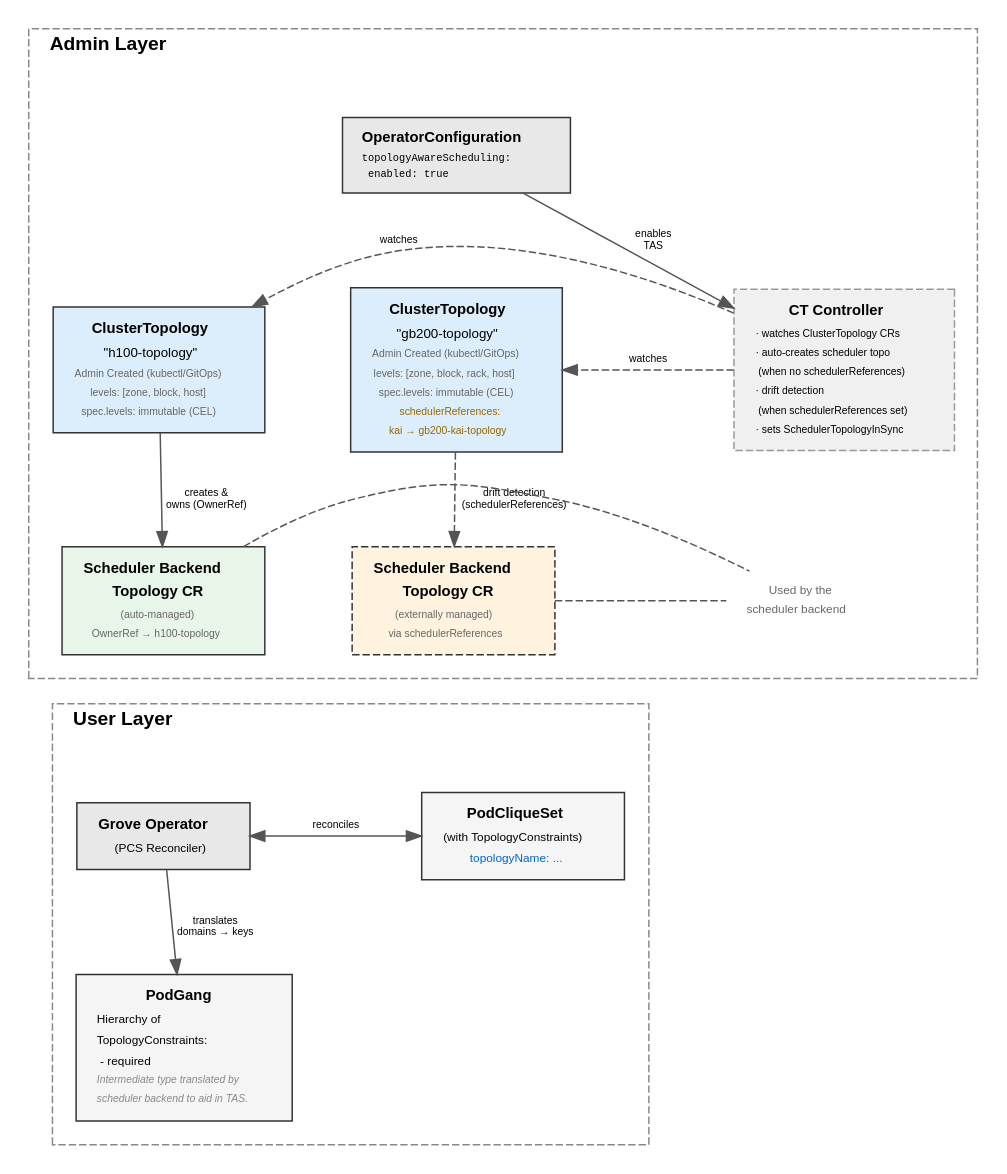
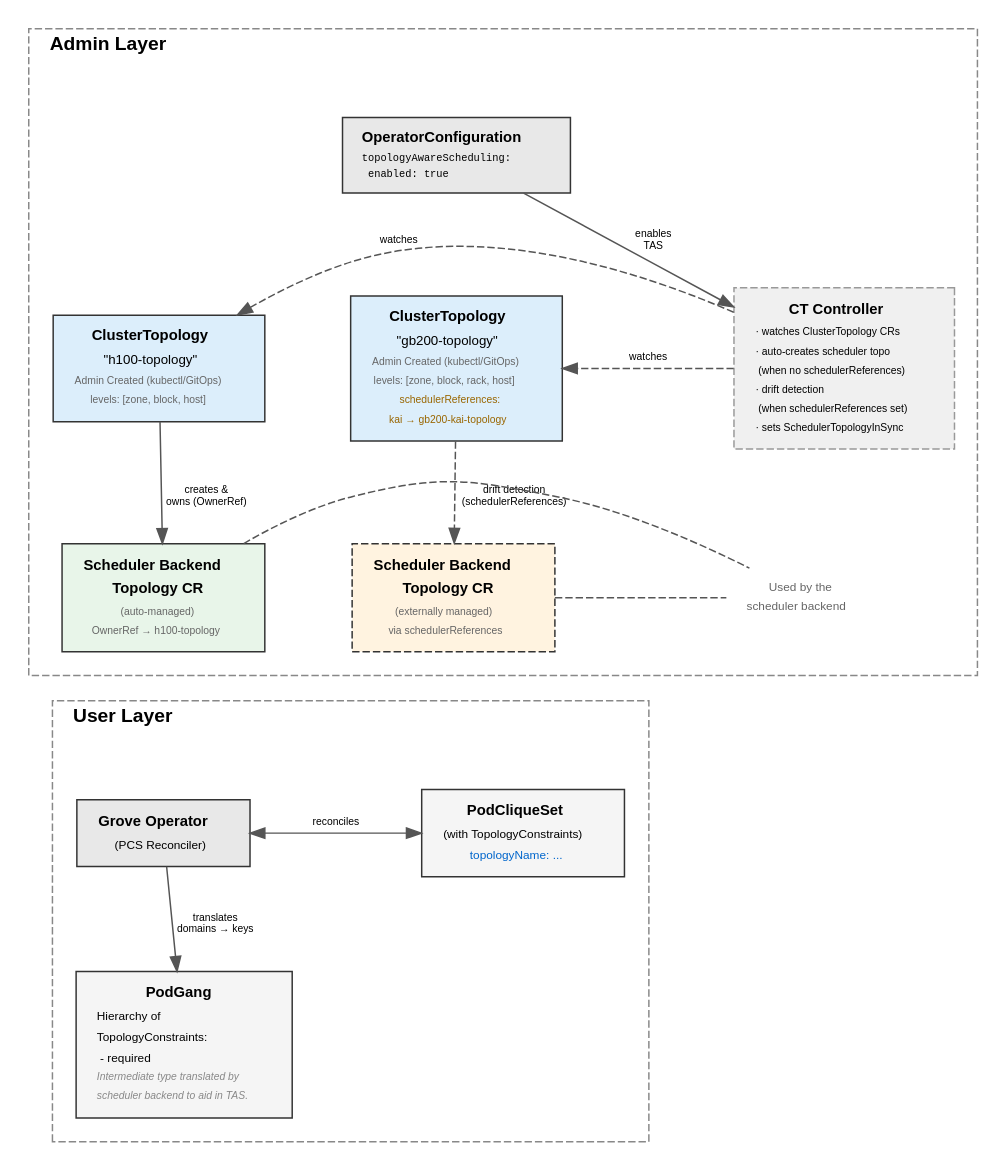
Before and after one commit to ai-dynamo/grove: the diagram in docs/proposals/244-topology-aware-scheduling/assets/tas-highlevel-architecture.dot, drawn with Graphviz. The commit also changed 2 other files, not shown here.

Commit message:
relax ClusterTopology spec.levels to be mutable
The CEL immutability constraint (self == oldSelf) on spec.levels is
unnecessary since the TopologyLevelsUnavailable condition already
handles domain removal gracefully — stripping invalid PodGang
constraints without evicting running pods. This avoids forcing
administrators through delete+recreate workflows when updating
topology levels.

For auto-managed scheduler backend topologies, the CT controller
still deletes and recreates the downstream resource when levels
change (since KAI Topology has its own immutability constraint).

```diff
--- a/docs/proposals/244-topology-aware-scheduling/assets/tas-highlevel-architecture.dot
+++ b/docs/proposals/244-topology-aware-scheduling/assets/tas-highlevel-architecture.dot
@@ -1,194 +1,192 @@
 digraph TASArchitecture {
     // Global settings
     rankdir=TB;
     fontname="Helvetica";
     fontsize=11;
     node [fontname="Helvetica", fontsize=10, shape=box, style="filled", fillcolor="#f5f5f5", color="#333333", margin="0.15,0.1"];
     edge [fontname="Helvetica", fontsize=7, color="#555555"];
     nodesep=0.8;
     ranksep=0.65;
     newrank=true;
 
     // ===== ADMIN LAYER =====
     subgraph cluster_admin {
         label="Admin Layer";
         labeljust="l";
         labelloc="t";
         fontsize=13;
         fontname="Helvetica-Bold";
         style="dashed";
         color="#888888";
         bgcolor="#ffffff";
         margin="16";
 
         // Row 1: OperatorConfiguration (simplified — just the TAS flag)
         opconfig [
             label=<
             <TABLE BORDER="0" CELLBORDER="0" CELLSPACING="1" CELLPADDING="1">
             <TR><TD><B>OperatorConfiguration</B></TD></TR>
             <TR><TD ALIGN="LEFT"><FONT POINT-SIZE="7.5" FACE="Courier">topologyAwareScheduling:</FONT></TD></TR>
             <TR><TD ALIGN="LEFT"><FONT POINT-SIZE="7.5" FACE="Courier">  enabled: true</FONT></TD></TR>
             </TABLE>>,
             shape=box,
             fillcolor="#e8e8e8"
         ];
 
         // Row 2: ClusterTopologies + CT Controller
         ct_h100 [
             label=<
             <TABLE BORDER="0" CELLBORDER="0" CELLSPACING="1" CELLPADDING="2">
             <TR><TD><B>ClusterTopology</B></TD></TR>
             <TR><TD><FONT POINT-SIZE="9">"h100-topology"</FONT></TD></TR>
             <TR><TD><FONT POINT-SIZE="7" COLOR="#666666">Admin Created (kubectl/GitOps)</FONT></TD></TR>
             <TR><TD><FONT POINT-SIZE="7" COLOR="#666666">levels: [zone, block, host]</FONT></TD></TR>
-            <TR><TD><FONT POINT-SIZE="7" COLOR="#666666">spec.levels: immutable (CEL)</FONT></TD></TR>
             </TABLE>>,
             fillcolor="#dceefb"
         ];
 
         ct_gb200 [
             label=<
             <TABLE BORDER="0" CELLBORDER="0" CELLSPACING="1" CELLPADDING="2">
             <TR><TD><B>ClusterTopology</B></TD></TR>
             <TR><TD><FONT POINT-SIZE="9">"gb200-topology"</FONT></TD></TR>
             <TR><TD><FONT POINT-SIZE="7" COLOR="#666666">Admin Created (kubectl/GitOps)</FONT></TD></TR>
             <TR><TD><FONT POINT-SIZE="7" COLOR="#666666">levels: [zone, block, rack, host]</FONT></TD></TR>
-            <TR><TD><FONT POINT-SIZE="7" COLOR="#666666">spec.levels: immutable (CEL)</FONT></TD></TR>
             <TR><TD><FONT POINT-SIZE="7" COLOR="#996600">schedulerReferences:</FONT></TD></TR>
             <TR><TD><FONT POINT-SIZE="7" COLOR="#996600">  kai → gb200-kai-topology</FONT></TD></TR>
             </TABLE>>,
             fillcolor="#dceefb"
         ];
 
         ct_controller [
             label=<
             <TABLE BORDER="0" CELLBORDER="0" CELLSPACING="1" CELLPADDING="2">
             <TR><TD><B>CT Controller</B></TD></TR>
             <TR><TD ALIGN="LEFT"><FONT POINT-SIZE="7">· watches ClusterTopology CRs</FONT></TD></TR>
             <TR><TD ALIGN="LEFT"><FONT POINT-SIZE="7">· auto-creates scheduler topo</FONT></TD></TR>
             <TR><TD ALIGN="LEFT"><FONT POINT-SIZE="7">  (when no schedulerReferences)</FONT></TD></TR>
             <TR><TD ALIGN="LEFT"><FONT POINT-SIZE="7">· drift detection</FONT></TD></TR>
             <TR><TD ALIGN="LEFT"><FONT POINT-SIZE="7">  (when schedulerReferences set)</FONT></TD></TR>
             <TR><TD ALIGN="LEFT"><FONT POINT-SIZE="7">· sets SchedulerTopologyInSync</FONT></TD></TR>
             </TABLE>>,
             shape=box,
             style="filled,dashed",
             fillcolor="#f0f0f0",
             color="#999999"
         ];
 
         // Row 3: Scheduler Backend Topology CRs
         sched_h100 [
             label=<
             <TABLE BORDER="0" CELLBORDER="0" CELLSPACING="1" CELLPADDING="2">
             <TR><TD><B>Scheduler Backend</B></TD></TR>
             <TR><TD><B>Topology CR</B></TD></TR>
             <TR><TD><FONT POINT-SIZE="7" COLOR="#666666">(auto-managed)</FONT></TD></TR>
             <TR><TD><FONT POINT-SIZE="7" COLOR="#666666">OwnerRef → h100-topology</FONT></TD></TR>
             </TABLE>>,
             fillcolor="#e8f5e9"
         ];
 
         sched_gb200 [
             label=<
             <TABLE BORDER="0" CELLBORDER="0" CELLSPACING="1" CELLPADDING="2">
             <TR><TD><B>Scheduler Backend</B></TD></TR>
             <TR><TD><B>Topology CR</B></TD></TR>
             <TR><TD><FONT POINT-SIZE="7" COLOR="#666666">(externally managed)</FONT></TD></TR>
             <TR><TD><FONT POINT-SIZE="7" COLOR="#666666">via schedulerReferences</FONT></TD></TR>
             </TABLE>>,
             fillcolor="#fff3e0",
             style="filled,dashed"
         ];
 
         scheduler_label [
             label=<
             <TABLE BORDER="0" CELLBORDER="0" CELLSPACING="0">
             <TR><TD><FONT POINT-SIZE="8" COLOR="#666666">Used by the</FONT></TD></TR>
             <TR><TD><FONT POINT-SIZE="8" COLOR="#666666">scheduler backend</FONT></TD></TR>
             </TABLE>>,
             shape=plaintext,
             fillcolor="transparent",
             style=""
         ];
 
         // Row ranking within admin
         {rank=same; ct_h100; ct_gb200; ct_controller}
         {rank=same; sched_h100; sched_gb200; scheduler_label}
     }
 
     // ===== USER LAYER =====
     subgraph cluster_user {
         label="User Layer";
         labeljust="l";
         labelloc="t";
         fontsize=13;
         fontname="Helvetica-Bold";
         style="dashed";
         color="#888888";
         bgcolor="#ffffff";
         margin="16";
 
         grove_operator [
             label=<
             <TABLE BORDER="0" CELLBORDER="0" CELLSPACING="1" CELLPADDING="2">
             <TR><TD><B>Grove Operator</B></TD></TR>
             <TR><TD><FONT POINT-SIZE="8">(PCS Reconciler)</FONT></TD></TR>
             </TABLE>>,
             fillcolor="#e8e8e8"
         ];
 
         pcs [
             label=<
             <TABLE BORDER="0" CELLBORDER="0" CELLSPACING="1" CELLPADDING="2">
             <TR><TD><B>PodCliqueSet</B></TD></TR>
             <TR><TD><FONT POINT-SIZE="8">(with TopologyConstraints)</FONT></TD></TR>
             <TR><TD><FONT POINT-SIZE="8" COLOR="#0066cc">topologyName: ...</FONT></TD></TR>
             </TABLE>>,
             fillcolor="#f5f5f5"
         ];
 
         podgang [
             label=<
             <TABLE BORDER="0" CELLBORDER="0" CELLSPACING="1" CELLPADDING="2">
             <TR><TD><B>PodGang</B></TD></TR>
             <TR><TD ALIGN="LEFT"><FONT POINT-SIZE="8">Hierarchy of</FONT></TD></TR>
             <TR><TD ALIGN="LEFT"><FONT POINT-SIZE="8">TopologyConstraints:</FONT></TD></TR>
             <TR><TD ALIGN="LEFT"><FONT POINT-SIZE="8">  - required</FONT></TD></TR>
             <TR><TD><FONT POINT-SIZE="7" COLOR="#888888"><I>Intermediate type translated by</I></FONT></TD></TR>
             <TR><TD><FONT POINT-SIZE="7" COLOR="#888888"><I>scheduler backend to aid in TAS.</I></FONT></TD></TR>
             </TABLE>>,
             fillcolor="#f5f5f5"
         ];
 
         {rank=same; grove_operator; pcs}
     }
 
     // ===== EDGES =====
 
     // Admin Layer: OperatorConfiguration -> CT Controller
     opconfig -> ct_controller [label="  enables\n  TAS"];
 
     // Layout: keep CTs below OperatorConfiguration
     opconfig -> ct_h100 [style=invis];
     opconfig -> ct_gb200 [style=invis];
 
     // Admin Layer: CT Controller watches ClusterTopologies
     ct_controller -> ct_h100 [label="watches", style=dashed, constraint=false];
     ct_controller -> ct_gb200 [label="watches", style=dashed, constraint=false];
 
     // Admin Layer: ClusterTopology -> Scheduler Backend
     ct_h100 -> sched_h100 [label="creates &\nowns (OwnerRef)"];
     ct_gb200 -> sched_gb200 [label="drift detection\n(schedulerReferences)", style=dashed];
 
     // Admin Layer: Scheduler Backend -> label
     sched_h100 -> scheduler_label [style=dashed, arrowhead=none];
     sched_gb200 -> scheduler_label [style=dashed, arrowhead=none];
 
     // User Layer internal
     grove_operator -> pcs [label="reconciles", dir=both];
     grove_operator -> podgang [label="translates\ndomains → keys"];
 
     // Layout: force user layer below admin layer
     sched_h100 -> grove_operator [style=invis];
 }
```
